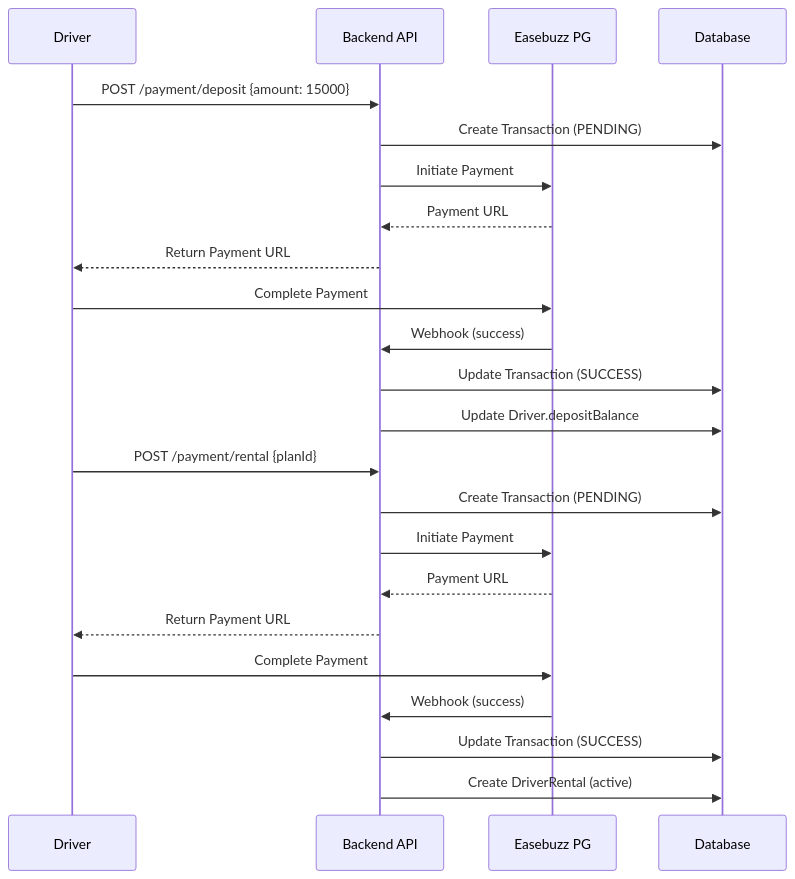
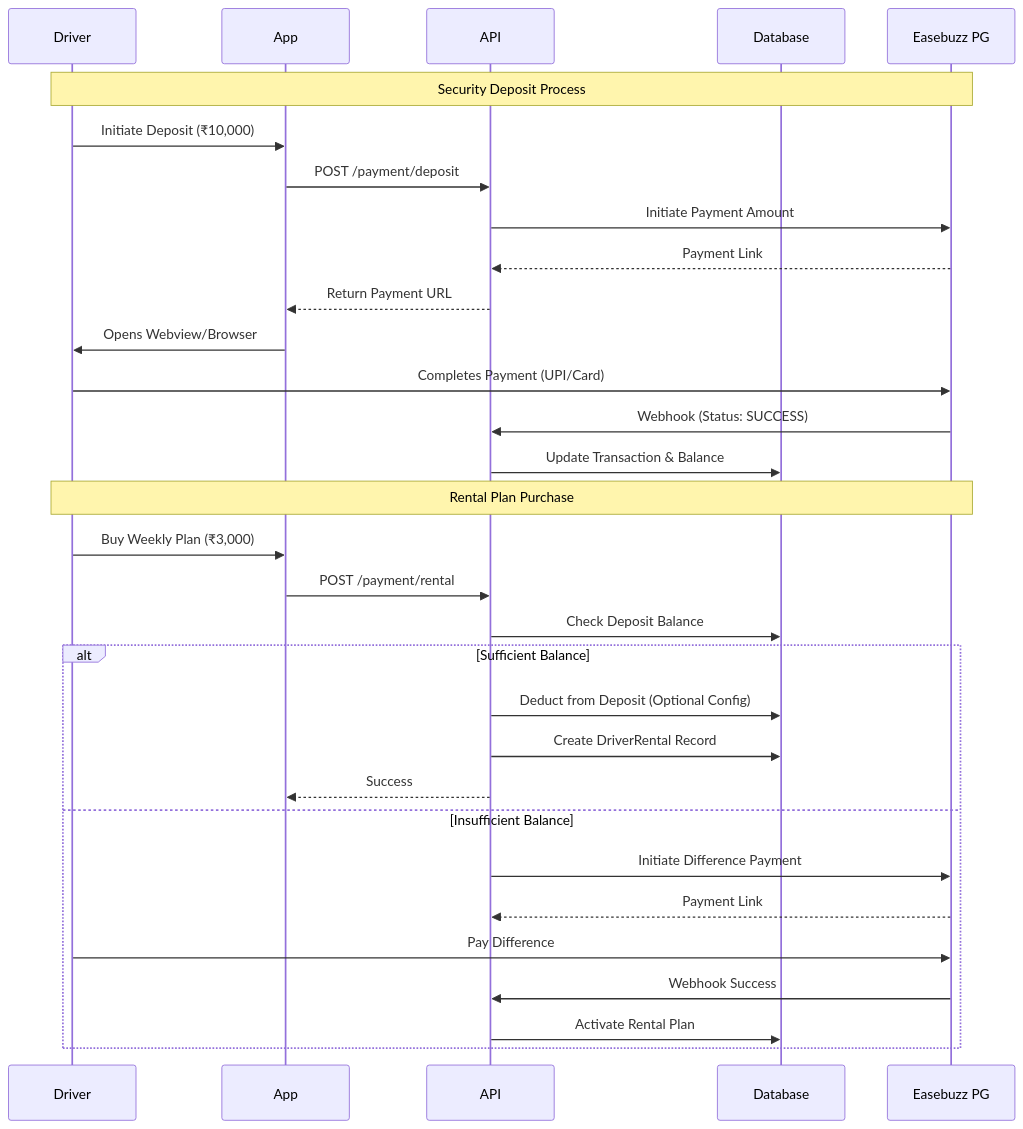
One commit to AnuJ221011/drivers-klub changed the second of 5 diagrams in backend/docs/PAYMENT_SYSTEM_DOCUMENTATION.md. Above: the diagram before and after it, drawn with Mermaid. The commit also changed other lines of this file and 90 other files, not shown here.

Commit message:
integrate driver preference api

````diff
--- a/backend/docs/PAYMENT_SYSTEM_DOCUMENTATION.md
+++ b/backend/docs/PAYMENT_SYSTEM_DOCUMENTATION.md
@@ -1126,27 +84,37 @@
 ```mermaid
 sequenceDiagram
-    participant D as Driver
-    participant API as Backend API
+    participant Driver
+    participant App
+    participant API
+    participant DB as Database
     participant PG as Easebuzz PG
-    participant DB as Database
 
-    D->>API: POST /payment/deposit {amount: 15000}
-    API->>DB: Create Transaction (PENDING)
-    API->>PG: Initiate Payment
-    PG-->>API: Payment URL
-    API-->>D: Return Payment URL
-    D->>PG: Complete Payment
-    PG->>API: Webhook (success)
-    API->>DB: Update Transaction (SUCCESS)
-    API->>DB: Update Driver.depositBalance
+    %% Deposit
+    Note over Driver, PG: Security Deposit Process
+    Driver->>App: Initiate Deposit (₹10,000)
+    App->>API: POST /payment/deposit
+    API->>PG: Initiate Payment Amount
+    PG-->>API: Payment Link
+    API-->>App: Return Payment URL
+    App->>Driver: Opens Webview/Browser
+    Driver->>PG: Completes Payment (UPI/Card)
+    PG->>API: Webhook (Status: SUCCESS)
+    API->>DB: Update Transaction & Balance
     
-    D->>API: POST /payment/rental {planId}
-    API->>DB: Create Transaction (PENDING)
-    API->>PG: Initiate Payment
-    PG-->>API: Payment URL
-    API-->>D: Return Payment URL
-    D->>PG: Complete Payment
-    PG->>API: Webhook (success)
-    API->>DB: Update Transaction (SUCCESS)
-    API->>DB: Create DriverRental (active)
+    %% Rental Purchase
+    Note over Driver, PG: Rental Plan Purchase
+    Driver->>App: Buy Weekly Plan (₹3,000)
+    App->>API: POST /payment/rental
+    API->>DB: Check Deposit Balance
+    alt Sufficient Balance
+        API->>DB: Deduct from Deposit (Optional Config)
+        API->>DB: Create DriverRental Record
+        API-->>App: Success
+    else Insufficient Balance
+        API->>PG: Initiate Difference Payment
+        PG-->>API: Payment Link
+        Driver->>PG: Pay Difference
+        PG->>API: Webhook Success
+        API->>DB: Activate Rental Plan
+    end
 ```
````
